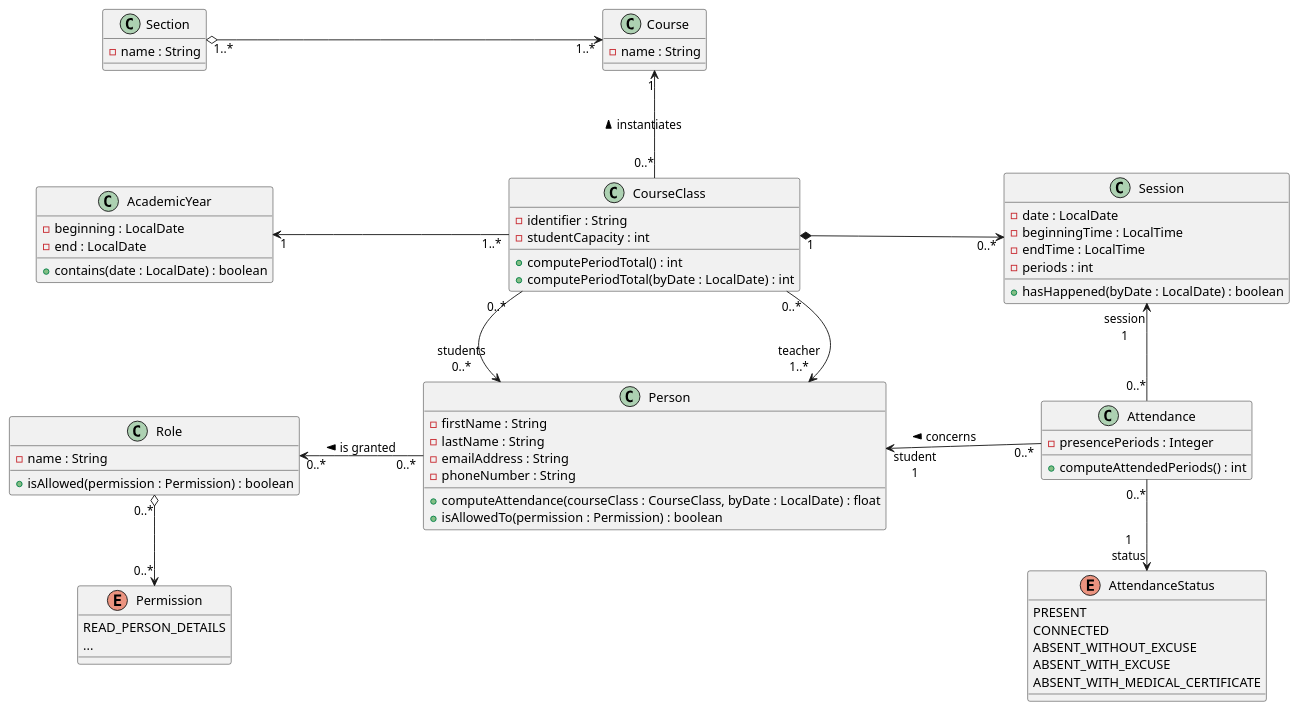
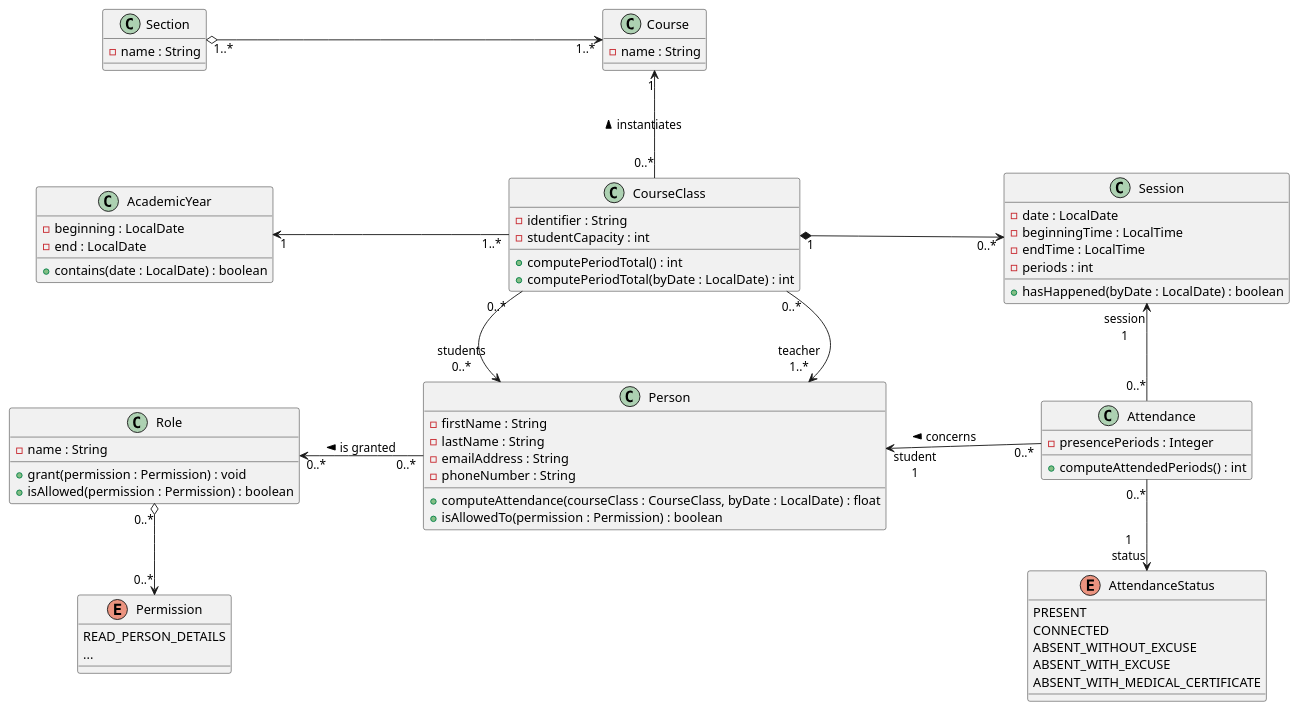
One commit to EAFC-Uccle-PROJINT-A1-2122/backend-projet-froland changed the diagram in demo-course_attendance.puml. Above: the diagram before and after it, drawn with PlantUML. The commit also changed 8 other files, not shown here.

```diff
--- a/demo-course_attendance.puml
+++ b/demo-course_attendance.puml
@@ -1,68 +1,69 @@
 @startuml conception_classes
 left to right direction
 skinparam nodesep 100
 
 class Section {
   -name : String
 }
 class Course {
   -name : String
 }
 class AcademicYear {
   -beginning : LocalDate
   -end : LocalDate
   +contains(date : LocalDate) : boolean
 }
 enum Permission {
   READ_PERSON_DETAILS
   ...
 }
 class Role {
   -name : String
+  +grant(permission : Permission) : void
   +isAllowed(permission : Permission) : boolean
 }
 class Person {
   -firstName : String
   -lastName : String
   -emailAddress : String
   -phoneNumber : String
   +computeAttendance(courseClass : CourseClass, byDate : LocalDate) : float
   +isAllowedTo(permission : Permission) : boolean
 }
 class Session {
   -date : LocalDate
   -beginningTime : LocalTime
   -endTime : LocalTime
   -periods : int
   +hasHappened(byDate : LocalDate) : boolean
 }
 class Attendance {
   -presencePeriods : Integer
   +computeAttendedPeriods() : int
 }
 enum AttendanceStatus {
   PRESENT
   CONNECTED
   ABSENT_WITHOUT_EXCUSE
   ABSENT_WITH_EXCUSE
   ABSENT_WITH_MEDICAL_CERTIFICATE
 }
 class CourseClass {
   -identifier : String
   -studentCapacity : int
   +computePeriodTotal() : int
   +computePeriodTotal(byDate : LocalDate) : int
 }
 
 Section "1..*" o--> "1..*" Course
 Course "1" <- "0..*" CourseClass : instantiates <
 AcademicYear "1" <-- "1..*" CourseClass
 CourseClass "0..*" -> "teacher\n1..*" Person
 CourseClass "0..*" -> "students\n0..*" Person
 CourseClass "1" *--> "0..*" Session
 Role "0..*" <-- "0..*" Person : is granted <
 Role "0..*" o-> "0..*" Permission
 Person "student\n1" <- "0..*" Attendance : concerns <
 Session "session\n1" <- "0..*" Attendance
 Attendance "0..*" -> "1\nstatus" AttendanceStatus
 @enduml
```
